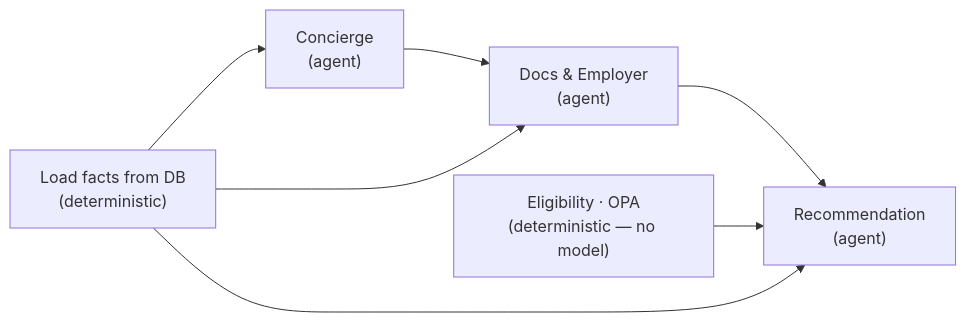
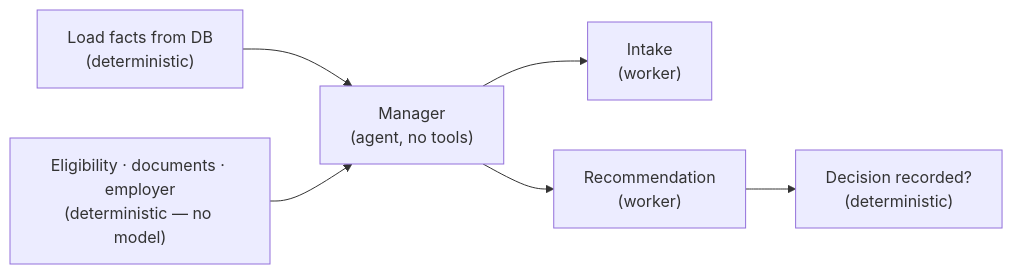
Before and after one commit to vmleon/oracle-database-private-agent-factory-poc: the fifth of 12 diagrams in presentation/deck.md, drawn with Mermaid. The commit also changed other lines of this file and 20 other files, not shown here.

Commit message:
docs(flow): describe CHAT_FLOW as a manager with sub-agents

````diff
--- a/presentation/deck.md
+++ b/presentation/deck.md
@@ -92,8 +92,8 @@
 ```mermaid
 flowchart LR
-    CTX["Load facts from DB<br/>(deterministic)"] --> C["Concierge<br/>(agent)"]
-    C --> D["Docs & Employer<br/>(agent)"] --> R["Recommendation<br/>(agent)"]
-    EL["Eligibility · OPA<br/>(deterministic — no model)"] --> R
-    CTX --> D
-    CTX --> R
+    CTX["Load facts from DB<br/>(deterministic)"] --> M["Manager<br/>(agent, no tools)"]
+    EL["Eligibility · documents · employer<br/>(deterministic — no model)"] --> M
+    M --> I["Intake<br/>(worker)"]
+    M --> R["Recommendation<br/>(worker)"]
+    R --> CHK["Decision recorded?<br/>(deterministic)"]
 ```
````
